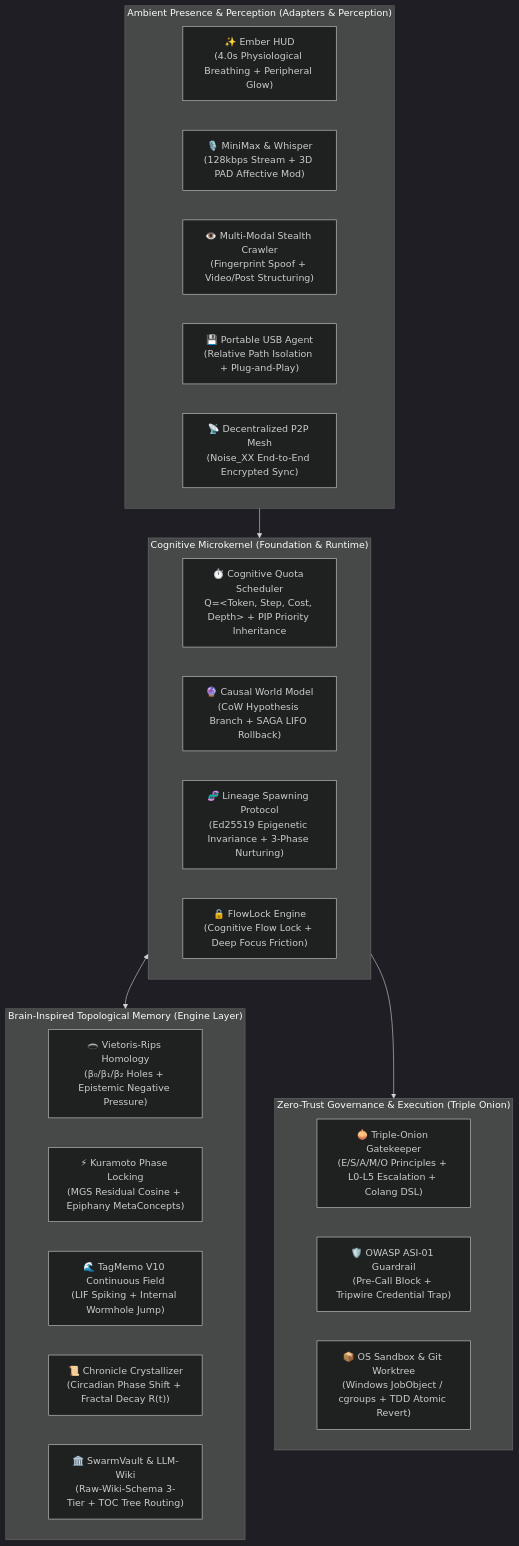
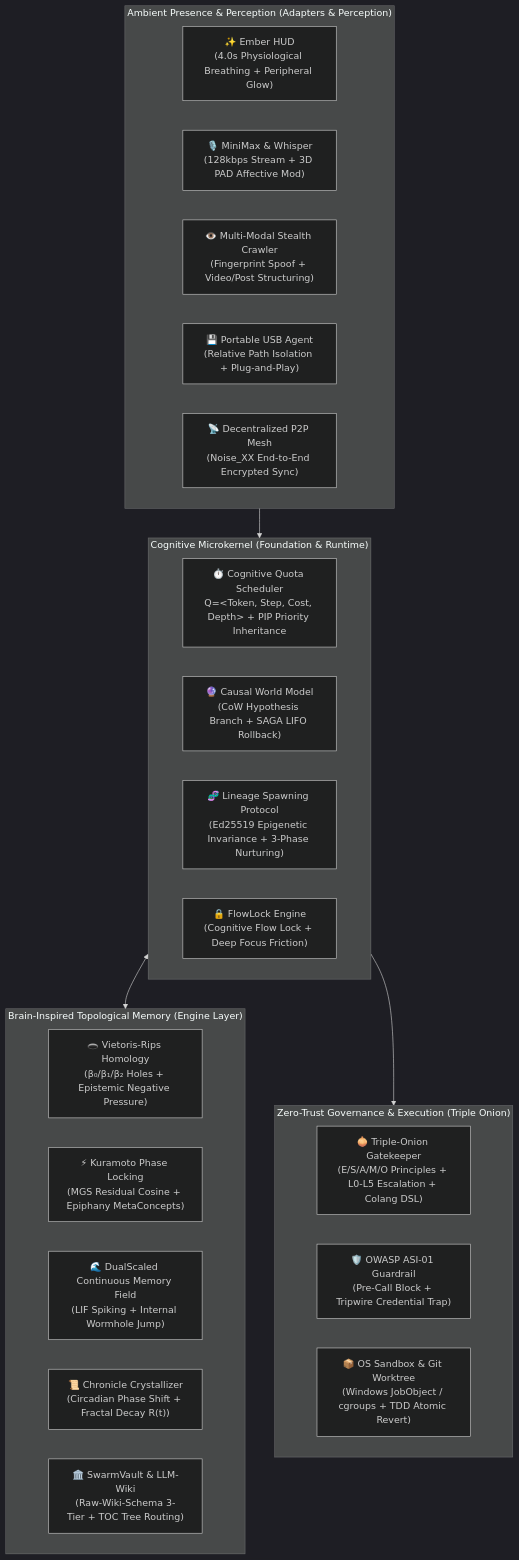
The diagram in README.backup-v2.md (Apeireth/Apeireth), drawn with Mermaid (dark theme) before and after one commit. The commit also changed other lines of this file and 10 other files, not shown here.

First line of the commit message:
refactor(memory): consolidate DualScaled field definitions

````diff
--- a/README.backup-v2.md
+++ b/README.backup-v2.md
@@ -85,35 +85,35 @@
 ```mermaid
 graph TB
     subgraph UI_LAYER["Ambient Presence & Perception (Adapters & Perception)"]
         HUD["✨ Ember HUD<br/>(4.0s Physiological Breathing + Peripheral Glow)"]
         VOICE["🎙️ MiniMax & Whisper<br/>(128kbps Stream + 3D PAD Affective Mod)"]
         VISION["👁️ Multi-Modal Stealth Crawler<br/>(Fingerprint Spoof + Video/Post Structuring)"]
         USB["💾 Portable USB Agent<br/>(Relative Path Isolation + Plug-and-Play)"]
         MESH["📡 Decentralized P2P Mesh<br/>(Noise_XX End-to-End Encrypted Sync)"]
     end
 
     subgraph OS_KERNEL["Cognitive Microkernel (Foundation & Runtime)"]
         SCHED["⏱️ Cognitive Quota Scheduler<br/>Q=&lt;Token, Step, Cost, Depth&gt; + PIP Priority Inheritance"]
         WORLD["🔮 Causal World Model<br/>(CoW Hypothesis Branch + SAGA LIFO Rollback)"]
         SPAWN["🧬 Lineage Spawning Protocol<br/>(Ed25519 Epigenetic Invariance + 3-Phase Nurturing)"]
         FLOW["🔒 FlowLock Engine<br/>(Cognitive Flow Lock + Deep Focus Friction)"]
     end
 
     subgraph COGNITIVE_MANIFOLD["Brain-Inspired Topological Memory (Engine Layer)"]
         BETTI["🕳️ Vietoris-Rips Homology<br/>(β₀/β₁/β₂ Holes + Epistemic Negative Pressure)"]
         KURAMOTO["⚡ Kuramoto Phase Locking<br/>(MGS Residual Cosine + Epiphany MetaConcepts)"]
-        RIVER["🌊 TagMemo V10 Continuous Field<br/>(LIF Spiking + Internal Wormhole Jump)"]
+        RIVER["🌊 DualScaled Continuous Memory Field<br/>(LIF Spiking + Internal Wormhole Jump)"]
         CHRONICLE["📜 Chronicle Crystallizer<br/>(Circadian Phase Shift + Fractal Decay R(t))"]
         VAULT["🏛️ SwarmVault & LLM-Wiki<br/>(Raw-Wiki-Schema 3-Tier + TOC Tree Routing)"]
     end
 
     subgraph SECURITY_PIPELINE["Zero-Trust Governance & Execution (Triple Onion)"]
         ONION["🧅 Triple-Onion Gatekeeper<br/>(E/S/A/M/O Principles + L0-L5 Escalation + Colang DSL)"]
         GUARD["🛡️ OWASP ASI-01 Guardrail<br/>(Pre-Call Block + Tripwire Credential Trap)"]
         SANDBOX["📦 OS Sandbox & Git Worktree<br/>(Windows JobObject / cgroups + TDD Atomic Revert)"]
     end
 
     UI_LAYER --> OS_KERNEL
     OS_KERNEL <--> COGNITIVE_MANIFOLD
     OS_KERNEL --> SECURITY_PIPELINE
 ```
````
